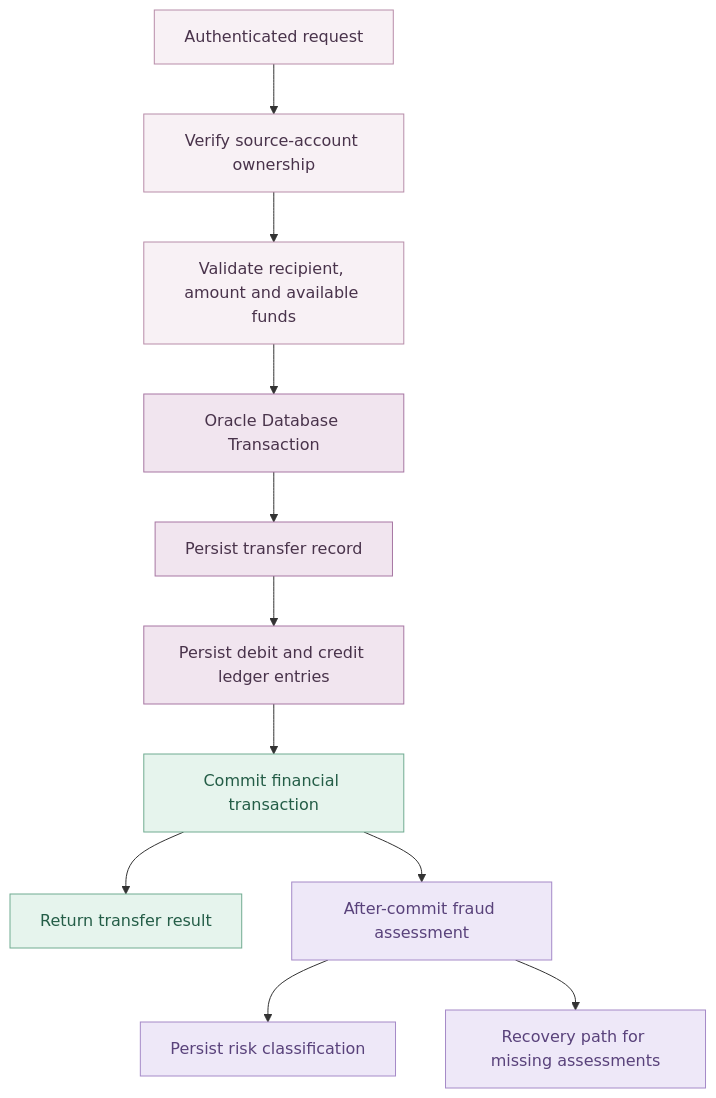
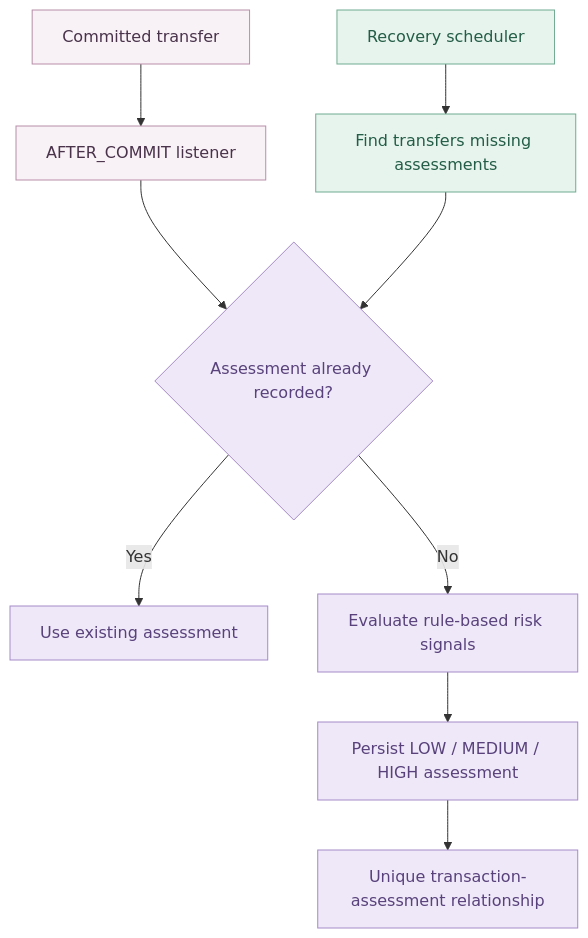
One commit to dnwardah-dev/Orvendiq changed the third of 3 diagrams in README.md. Above: the diagram before and after it, drawn with Mermaid. The commit also changed other lines of this file, not shown here.

````diff
--- a/README.md
+++ b/README.md
@@ -174,23 +153,18 @@
 ```mermaid
 flowchart TD
-    A["Authenticated request"] --> B["Verify source-account ownership"]
-    B --> C["Validate recipient, amount and available funds"]
-    C --> D["Oracle Database Transaction"]
-    D --> E["Persist transfer record"]
-    E --> F["Persist debit and credit ledger entries"]
-    F --> G["Commit financial transaction"]
-    G --> H["Return transfer result"]
-    G --> I["After-commit fraud assessment"]
-    I --> J["Persist risk classification"]
-    I --> K["Recovery path for missing assessments"]
+    COMMIT["Committed transfer"] --> EVENT["AFTER_COMMIT listener"]
+    EVENT --> CHECK{"Assessment already recorded?"}
+    CHECK -->|Yes| EXISTS["Use existing assessment"]
+    CHECK -->|No| ENGINE["Evaluate rule-based risk signals"]
+    ENGINE --> SAVE["Persist LOW / MEDIUM / HIGH assessment"]
+    SCHED["Recovery scheduler"] --> FIND["Find transfers missing assessments"]
+    FIND --> CHECK
+    SAVE --> UNIQUE["Unique transaction-assessment relationship"]
 
-    classDef input fill:#F8F1F5,stroke:#B88DA9,color:#49334B
-    classDef database fill:#F1E5EF,stroke:#A777A3,color:#49334B
-    classDef success fill:#E6F4ED,stroke:#71AB91,color:#245D47
-    classDef fraud fill:#EEE8F8,stroke:#A58AC8,color:#59427B
-
-    class A,B,C input
-    class D,E,F database
-    class G,H success
-    class I,J,K fraud
+    classDef start fill:#F8F1F5,stroke:#B88DA9,color:#49334B
+    classDef risk fill:#EEE8F8,stroke:#A58AC8,color:#59427B
+    classDef repair fill:#E6F4ED,stroke:#71AB91,color:#245D47
+    class COMMIT,EVENT start
+    class CHECK,EXISTS,ENGINE,SAVE,UNIQUE risk
+    class SCHED,FIND repair
 ```
````
